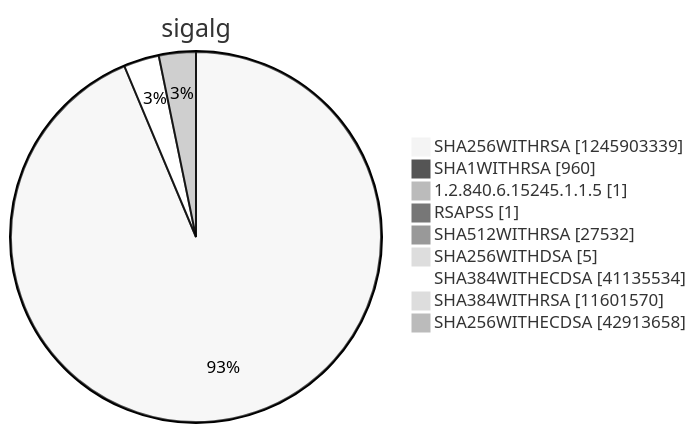
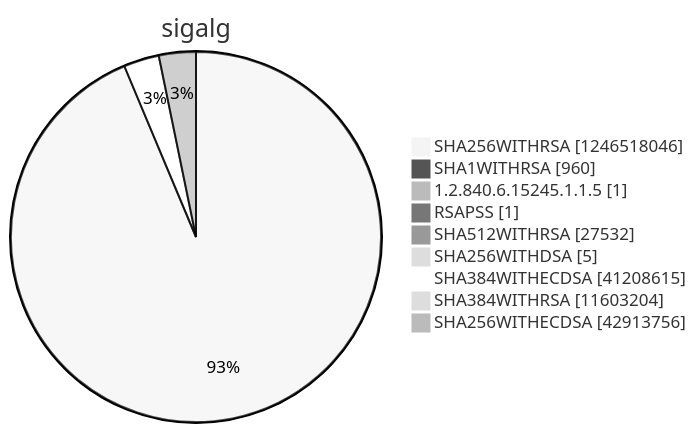
One commit to christiankrug/ctmonitor_visualization changed diagram 15 of 15 in argon2022/README.md. Above: the diagram before and after it, drawn with Mermaid (neutral theme). The commit also changed other lines of this file, not shown here.

````diff
--- a/argon2022/README.md
+++ b/argon2022/README.md
@@ -5522,13 +5522,13 @@
 ```mermaid
 pie showData
 title sigalg
-"SHA256WITHRSA" :1245903339
+"SHA256WITHRSA" :1246518046
 "SHA1WITHRSA" :960
 "1.2.840.6.15245.1.1.5" :1
 "RSAPSS" :1
 "SHA512WITHRSA" :27532
 "SHA256WITHDSA" :5
-"SHA384WITHECDSA" :41135534
-"SHA384WITHRSA" :11601570
-"SHA256WITHECDSA" :42913658
+"SHA384WITHECDSA" :41208615
+"SHA384WITHRSA" :11603204
+"SHA256WITHECDSA" :42913756
 ```
````
